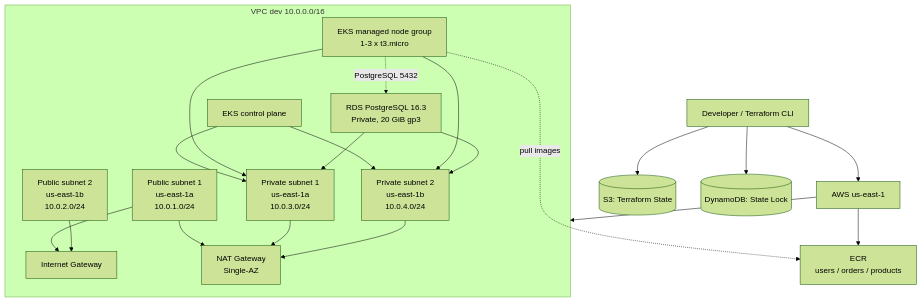
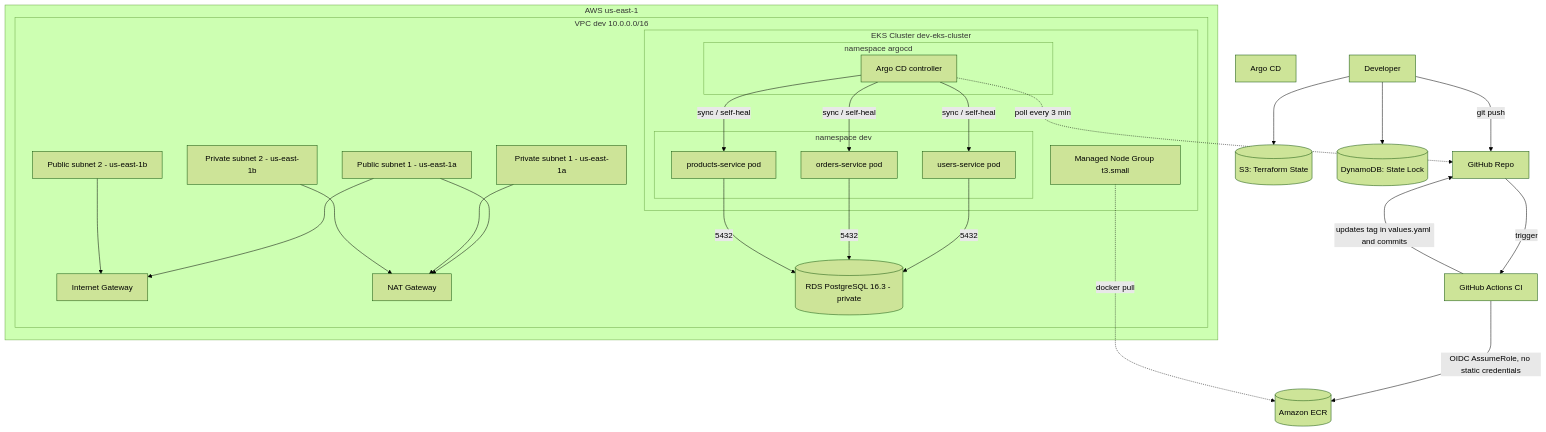
One commit to Nikhil235417/k8s-microservices-terraform changed the diagram in README.md. Above: the diagram before and after it, drawn with Mermaid (forest theme). The commit also changed other lines of this file, not shown here.

````diff
--- a/README.md
+++ b/README.md
@@ -76,40 +19,55 @@
 ```mermaid
 flowchart TB
-		developer[Developer / Terraform CLI]
-		backend[(S3: Terraform State)]
-		lock[(DynamoDB: State Lock)]
-		aws[AWS us-east-1]
-
-		subgraph network[VPC dev 10.0.0.0/16]
-				igw[Internet Gateway]
-				public1[Public subnet 1\nus-east-1a\n10.0.1.0/24]
-				public2[Public subnet 2\nus-east-1b\n10.0.2.0/24]
-				nat[NAT Gateway\nSingle-AZ]
-				private1[Private subnet 1\nus-east-1a\n10.0.3.0/24]
-				private2[Private subnet 2\nus-east-1b\n10.0.4.0/24]
-				eks[EKS control plane]
-				nodes[EKS managed node group\n1-3 x t3.micro]
-				rds[RDS PostgreSQL 16.3\nPrivate, 20 GiB gp3]
-		end
-
-		ecr[ECR\nusers / orders / products]
-
-		developer --> backend
-		developer --> lock
-		developer --> aws
-		aws --> network
-		aws --> ecr
-		public1 --> igw
-		public2 --> igw
-		public1 --> nat
-		private1 --> nat
-		private2 --> nat
-		eks --> private1
-		eks --> private2
-		nodes --> private1
-		nodes --> private2
-		nodes -. pull images .-> ecr
-		nodes -. PostgreSQL 5432 .-> rds
-		rds --> private1
-		rds --> private2
+    developer[Developer]
+    github[GitHub Repo]
+    actions[GitHub Actions CI]
+    ecr[(Amazon ECR)]
+    argocd[Argo CD]
+    backend[(S3: Terraform State)]
+    lock[(DynamoDB: State Lock)]
+ 
+    subgraph aws[AWS us-east-1]
+        subgraph network[VPC dev 10.0.0.0/16]
+            igw[Internet Gateway]
+            public1[Public subnet 1 - us-east-1a]
+            public2[Public subnet 2 - us-east-1b]
+            nat[NAT Gateway]
+            private1[Private subnet 1 - us-east-1a]
+            private2[Private subnet 2 - us-east-1b]
+ 
+            subgraph eks[EKS Cluster dev-eks-cluster]
+                nodes[Managed Node Group t3.small]
+                subgraph nsdev[namespace dev]
+                    users[users-service pod]
+                    orders[orders-service pod]
+                    products[products-service pod]
+                end
+                subgraph nsargo[namespace argocd]
+                    argocdsrv[Argo CD controller]
+                end
+            end
+ 
+            rds[(RDS PostgreSQL 16.3 - private)]
+        end
+    end
+ 
+    developer -->|git push| github
+    github -->|trigger| actions
+    actions -->|OIDC AssumeRole, no static credentials| ecr
+    actions -->|updates tag in values.yaml and commits| github
+    argocdsrv -.->|poll every 3 min| github
+    argocdsrv -->|sync / self-heal| users
+    argocdsrv -->|sync / self-heal| orders
+    argocdsrv -->|sync / self-heal| products
+    nodes -.->|docker pull| ecr
+    users -->|5432| rds
+    orders -->|5432| rds
+    products -->|5432| rds
+    public1 --> igw
+    public2 --> igw
+    public1 --> nat
+    private1 --> nat
+    private2 --> nat
+    developer --> backend
+    developer --> lock
 ```
````
